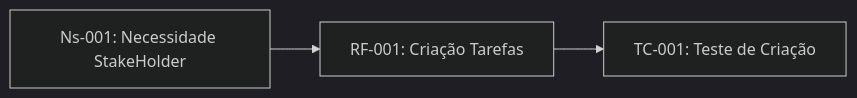
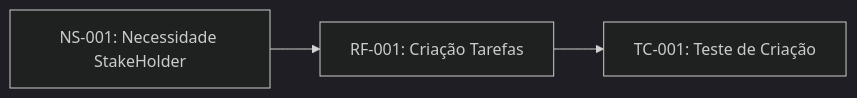
The diagram in DocumentacaoRequisitos/ProjetoSGT/README.md (joaohso19/LER_I1D46A), drawn with Mermaid (dark theme) before and after one commit. The commit also changed other lines of this file, not shown here.

````diff
--- a/DocumentacaoRequisitos/ProjetoSGT/README.md
+++ b/DocumentacaoRequisitos/ProjetoSGT/README.md
@@ -113,8 +131,8 @@
 ```mermaid
 
 graph LR
 
-    NS001["Ns-001: Necessidade StakeHolder"] --> RF001["RF-001: Criação Tarefas"]
+    NS001["NS-001: Necessidade StakeHolder"] --> RF001["RF-001: Criação Tarefas"]
     RF001 --> TC001["TC-001: Teste de Criação"]
 
 ``` 
````
